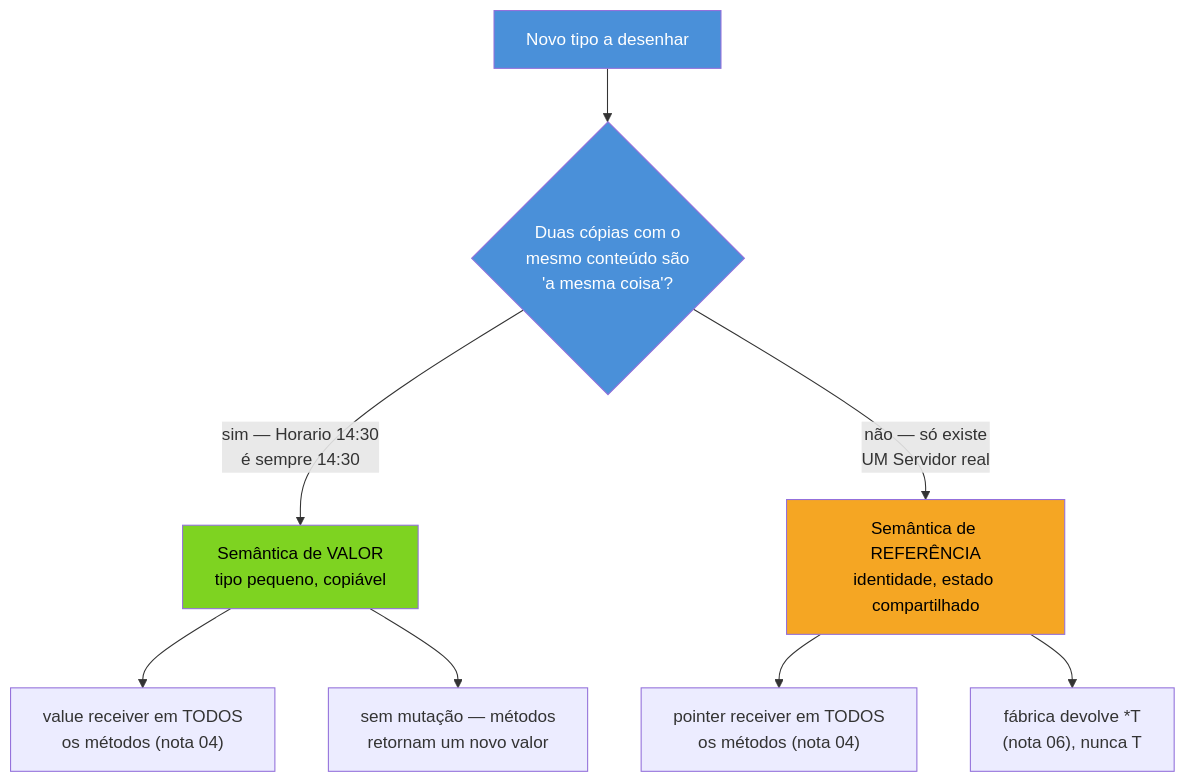
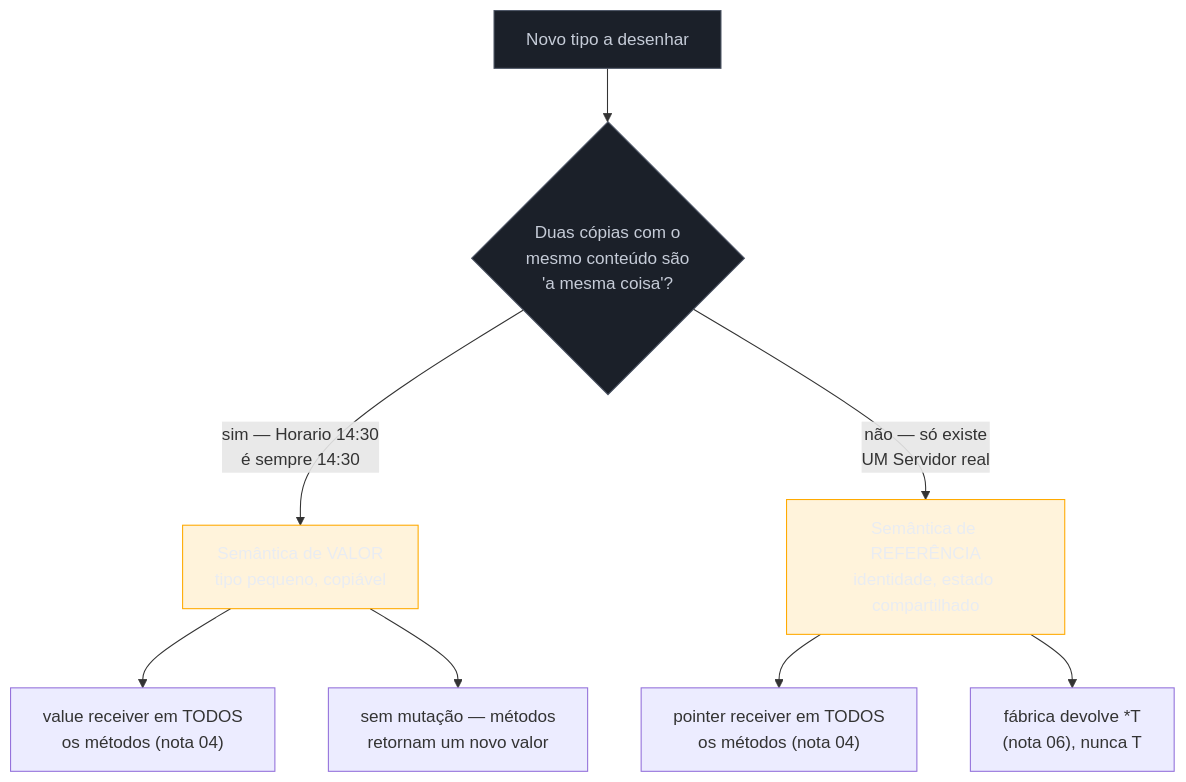
The first of 2 diagrams in 03-Dominios/Tecnologia/Go/02 - Tipos, structs e métodos/08 - Design de tipos idiomático.md (josenaldo/codex-technomanticus), drawn with Mermaid before and after one commit. The commit also changed other lines of this file and 1181 other files, not shown here.

First line of the commit message:
fix(diagramas): paleta do sistema no lugar de cor cravada no markdown

````diff
--- a/03-Dominios/Tecnologia/Go/02 - Tipos, structs e métodos/08 - Design de tipos idiomático.md
+++ b/03-Dominios/Tecnologia/Go/02 - Tipos, structs e métodos/08 - Design de tipos idiomático.md
@@ -49,17 +49,19 @@
 ```mermaid
 flowchart TD
+    classDef neutro fill:#1B2029,stroke:#4E5666,color:#C6CCD8
+    classDef destaque fill:#FFAA0024,stroke:#FFAA00,color:#E9ECF2
     Q0["Novo tipo a desenhar"] --> Q1{"Duas cópias com o<br/>mesmo conteúdo são<br/>'a mesma coisa'?"}
     Q1 -->|"sim — Horario 14:30<br/>é sempre 14:30"| VAL["Semântica de VALOR<br/>tipo pequeno, copiável"]
     Q1 -->|"não — só existe<br/>UM Servidor real"| REF["Semântica de REFERÊNCIA<br/>identidade, estado compartilhado"]
 
     VAL --> VR["value receiver em TODOS<br/>os métodos (nota 04)"]
     VAL --> VI["sem mutação — métodos<br/>retornam um novo valor"]
 
     REF --> RR["pointer receiver em TODOS<br/>os métodos (nota 04)"]
     REF --> RI["fábrica devolve *T<br/>(nota 06), nunca T"]
 
-    style Q0 fill:#4A90D9,color:#fff
-    style Q1 fill:#4A90D9,color:#fff
-    style VAL fill:#7ED321,color:#000
-    style REF fill:#F5A623,color:#000
+    class Q0 neutro
+    class Q1 neutro
+    class VAL destaque
+    class REF destaque
 ```
````
